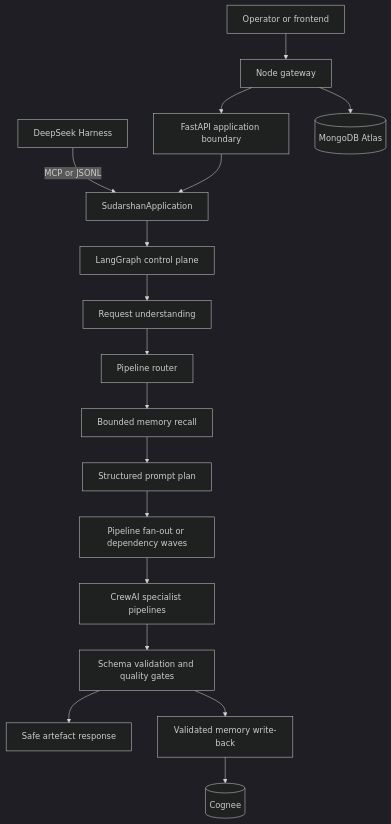
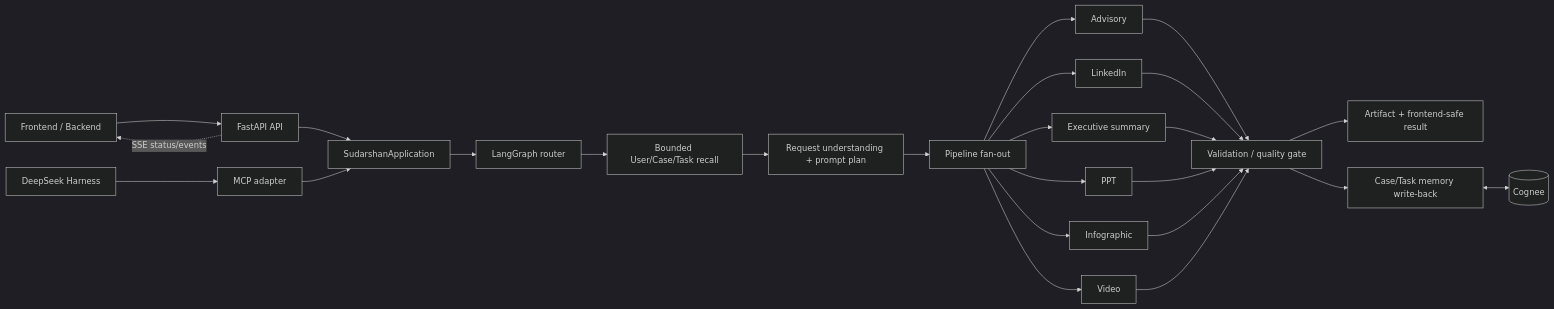
Before and after one commit to udit79/Sudarshan_agentic_core: the diagram in README.md, drawn with Mermaid (dark theme). The commit also changed other lines of this file and 53 other files, not shown here.

````diff
--- a/README.md
+++ b/README.md
@@ -48,19 +109,27 @@
 ```mermaid
-flowchart TD
-    U[Operator or frontend] --> G[Node gateway]
-    G --> API[FastAPI application boundary]
-    H[DeepSeek Harness] -->|MCP or JSONL| APP[SudarshanApplication]
-    API --> APP
-    APP --> L[LangGraph control plane]
-    L --> RU[Request understanding]
-    RU --> RT[Pipeline router]
-    RT --> MR[Bounded memory recall]
-    MR --> PP[Structured prompt plan]
-    PP --> FAN[Pipeline fan-out or dependency waves]
-    FAN --> CREW[CrewAI specialist pipelines]
-    CREW --> Q[Schema validation and quality gates]
-    Q --> ART[Safe artefact response]
-    Q --> MEM[Validated memory write-back]
-    MEM --> C[(Cognee)]
-    G --> DB[(MongoDB Atlas)]
+flowchart LR
+    UI[Frontend / Backend] --> API[FastAPI API]
+    H[DeepSeek Harness] --> MCP[MCP adapter]
+    API --> APP[SudarshanApplication]
+    MCP --> APP
+    APP --> G[LangGraph router]
+    G --> R[Bounded User/Case/Task recall]
+    R --> PLAN[Request understanding + prompt plan]
+    PLAN --> FAN[Pipeline fan-out]
+    FAN --> A[Advisory]
+    FAN --> L[LinkedIn]
+    FAN --> S[Executive summary]
+    FAN --> P[PPT]
+    FAN --> I[Infographic]
+    FAN --> V[Video]
+    A --> Q[Validation / quality gate]
+    L --> Q
+    S --> Q
+    P --> Q
+    I --> Q
+    V --> Q
+    Q --> ART[Artifact + frontend-safe result]
+    Q --> MEM[Case/Task memory write-back]
+    MEM <--> C[(Cognee)]
+    API -. SSE status/events .-> UI
 ```
````
